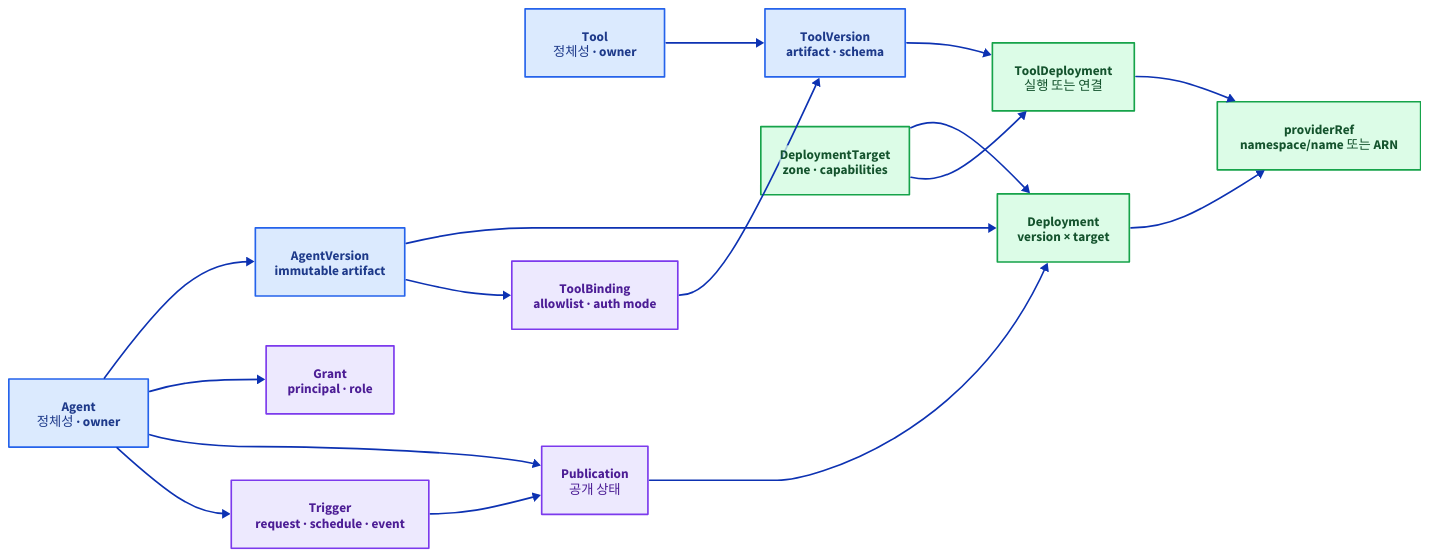
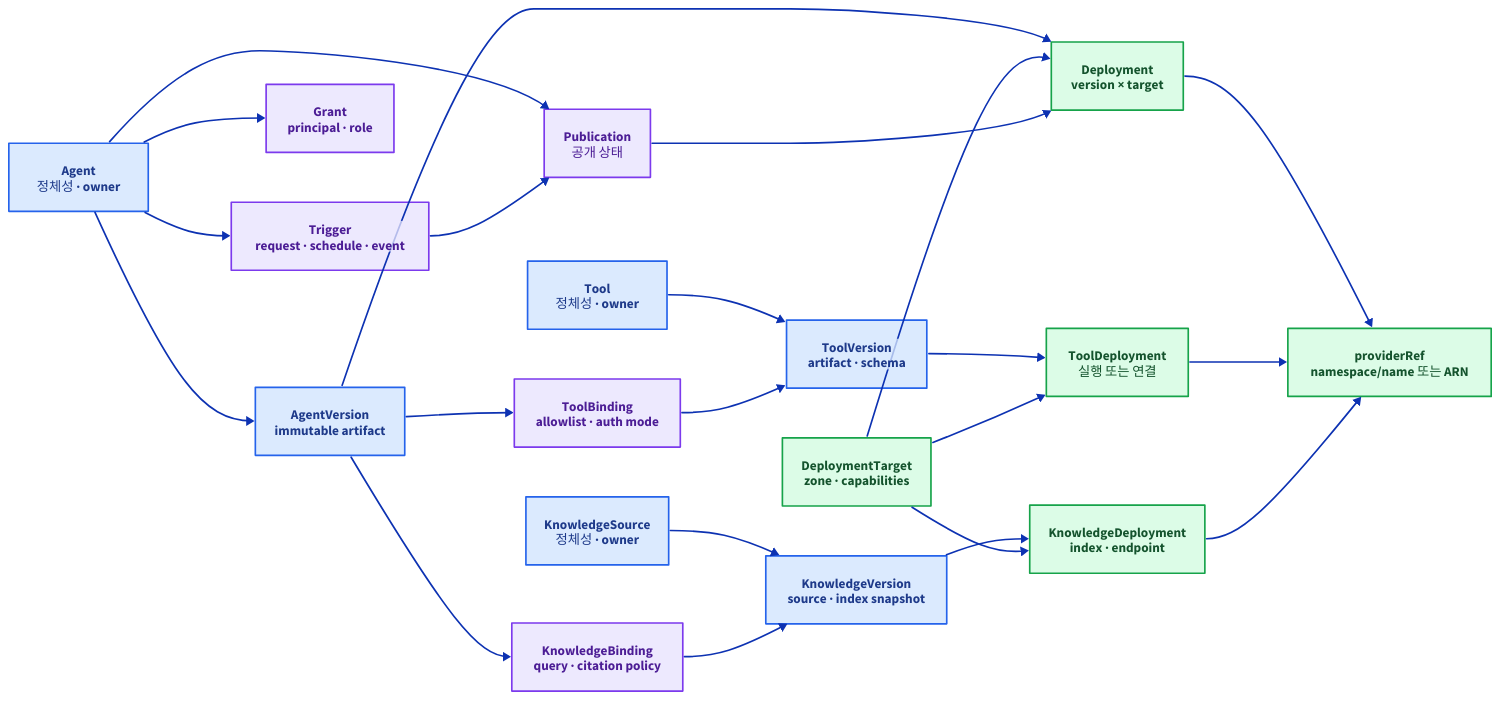
One commit to mechurak/study-starlight changed the diagram in src/content/docs/agent-platform/03-domain-model.mdx. Above: the diagram before and after it, drawn with D2. The commit also changed other lines of this file and 21 other files, not shown here.

Commit message:
Refine the agent platform architecture deck

````diff
--- a/src/content/docs/agent-platform/03-domain-model.mdx
+++ b/src/content/docs/agent-platform/03-domain-model.mdx
@@ -24,56 +25,66 @@
-```d2 layout=elk pad=40 title="Agent와 Tool의 정체성에서 Version·Grant·Publication·Trigger를 거쳐 target별 Deployment와 providerRef로 이어지는 객체 관계"
+```d2 layout=elk pad=40 title="Agent·Knowledge·Tool의 정체성과 immutable version이 binding을 거쳐 target별 Deployment와 providerRef로 이어지고 Publication이 준비된 Agent Deployment를 선택하는 객체 관계"
 direction: right
 
 classes: {
   key: {
     style: {
       fill: "#dbeafe"
       stroke: "#2563eb"
       font-color: "#1e3a8a"
     }
   }
   zone: {
     style: {
       fill: "#ede9fe"
       stroke: "#7c3aed"
       font-color: "#4c1d95"
     }
   }
   ok: {
     style: {
       fill: "#dcfce7"
       stroke: "#16a34a"
       font-color: "#14532d"
     }
   }
 }
 
 agent: "Agent\n정체성 · owner" { class: key }
 ver: "AgentVersion\nimmutable artifact" { class: key }
 tool: "Tool\n정체성 · owner" { class: key }
 toolver: "ToolVersion\nartifact · schema" { class: key }
+knowledge: "KnowledgeSource\n정체성 · owner" { class: key }
+knowver: "KnowledgeVersion\nsource · index snapshot" { class: key }
 grant: "Grant\nprincipal · role" { class: zone }
 pub: "Publication\n공개 상태" { class: zone }
 trg: "Trigger\nrequest · schedule · event" { class: zone }
 binding: "ToolBinding\nallowlist · auth mode" { class: zone }
+kbind: "KnowledgeBinding\nquery · citation policy" { class: zone }
 target: "DeploymentTarget\nzone · capabilities" { class: ok }
 dep: "Deployment\nversion × target" { class: ok }
 tdep: "ToolDeployment\n실행 또는 연결" { class: ok }
+kdep: "KnowledgeDeployment\nindex · endpoint" { class: ok }
 pref: "providerRef\nnamespace/name 또는 ARN" { class: ok }
 
 agent -> ver
 agent -> grant
 agent -> pub
 agent -> trg
 ver -> dep
 target -> dep
 dep -> pref
 tool -> toolver
 toolver -> tdep
 target -> tdep
 tdep -> pref
+knowledge -> knowver
+knowver -> kdep
+target -> kdep
+kdep -> pref
 ver -> binding
 binding -> toolver
+ver -> kbind
+kbind -> knowver
 pub -> dep
 trg -> pub
 ```
````
